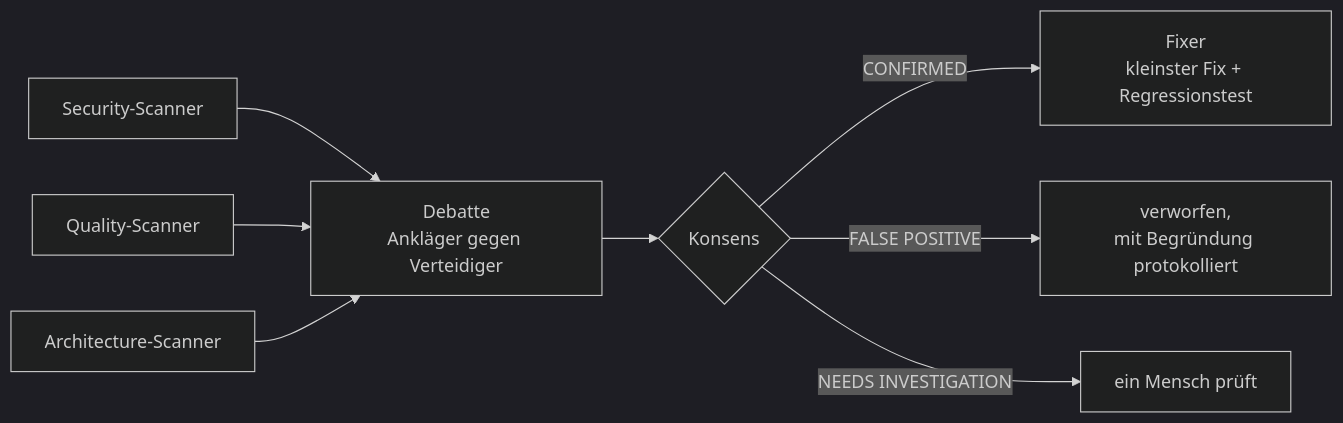
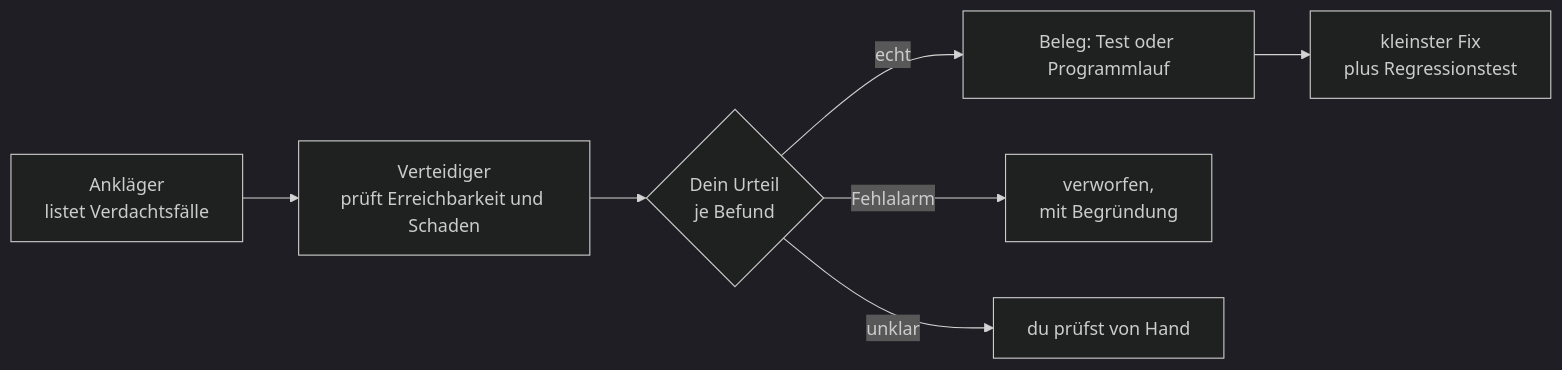
The diagram in resources/library/s3-06-devils-advocate.md (dynamic-dome/dynamic-workshop), drawn with Mermaid (dark theme) before and after one commit. The commit also changed other lines of this file, not shown here.

````diff
--- a/resources/library/s3-06-devils-advocate.md
+++ b/resources/library/s3-06-devils-advocate.md
@@ -43,10 +43,9 @@
 ```mermaid
 flowchart LR
-  A["Security-Scanner"] --> D
-  B["Quality-Scanner"] --> D
-  C["Architecture-Scanner"] --> D
-  D["Debatte<br/>Ankläger gegen Verteidiger"] --> E{"Konsens"}
-  E -- "CONFIRMED" --> F["Fixer<br/>kleinster Fix + Regressionstest"]
-  E -- "FALSE POSITIVE" --> G["verworfen,<br/>mit Begründung protokolliert"]
-  E -- "NEEDS INVESTIGATION" --> H["ein Mensch prüft"]
+  A["Ankläger<br/>listet Verdachtsfälle"] --> D["Verteidiger<br/>prüft Erreichbarkeit und Schaden"]
+  D --> E{"Dein Urteil<br/>je Befund"}
+  E -- "echt" --> B["Beleg: Test oder Programmlauf"]
+  E -- "Fehlalarm" --> G["verworfen,<br/>mit Begründung"]
+  E -- "unklar" --> H["du prüfst von Hand"]
+  B --> F["kleinster Fix<br/>plus Regressionstest"]
 ```
````
